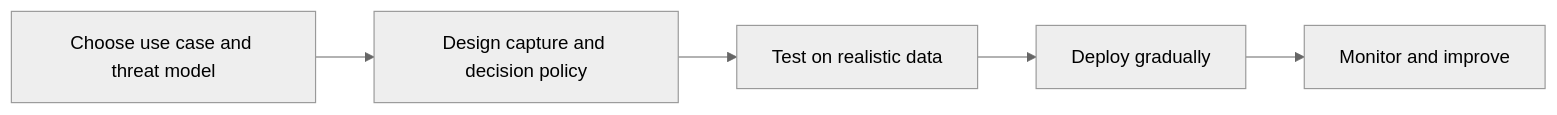
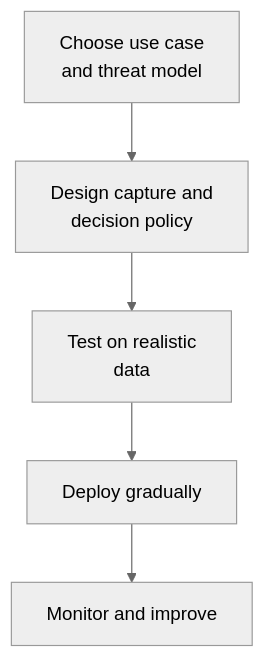
The diagram in docs/04-best-practices.md (Nivratti/ekyc-face-liveness-playbook), drawn with Mermaid (neutral theme) before and after one commit. The commit also changed 31 other files, not shown here.

Commit message:
docs: improve mermaid diagram readability by converting wide flows to vertical layouts

````diff
--- a/docs/04-best-practices.md
+++ b/docs/04-best-practices.md
@@ -17,7 +17,7 @@
 ```mermaid
-flowchart LR
-    A[Choose use case and threat model] --> B[Design capture and decision policy]
-    B --> C[Test on realistic data]
+flowchart TB
+    A[Choose use case<br/>and threat model] --> B[Design capture and<br/>decision policy]
+    B --> C[Test on realistic<br/>data]
     C --> D[Deploy gradually]
     D --> E[Monitor and improve]
 ```
````
